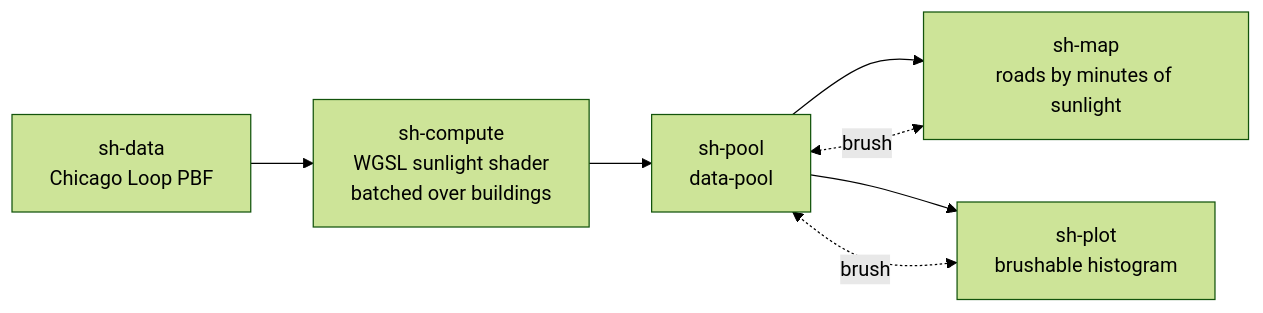
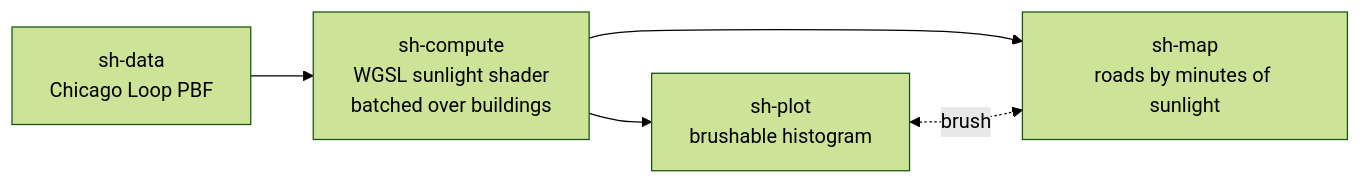
Before and after one commit to urban-toolkit/curio: the diagram in docs/examples/07-autark-gpu-shader.md, drawn with Mermaid (forest theme). The commit also changed other lines of this file and 13 other files, not shown here.

Commit message:
Examples 07, 08 and 09 link their two views directly, with no Data Pool

````diff
--- a/docs/examples/07-autark-gpu-shader.md
+++ b/docs/examples/07-autark-gpu-shader.md
@@ -21,9 +21,7 @@
 ```mermaid
 flowchart LR
   D[sh-data<br/>Chicago Loop PBF] --> C[sh-compute<br/>WGSL sunlight shader<br/>batched over buildings]
-  C --> Pool[sh-pool<br/>data-pool]
-  Pool --> M[sh-map<br/>roads by minutes of sunlight]
-  Pool --> P[sh-plot<br/>brushable histogram]
-  M <-. brush .-> Pool
-  P <-. brush .-> Pool
+  C --> M[sh-map<br/>roads by minutes of sunlight]
+  C --> P[sh-plot<br/>brushable histogram]
+  P <-. brush .-> M
 ```
````
